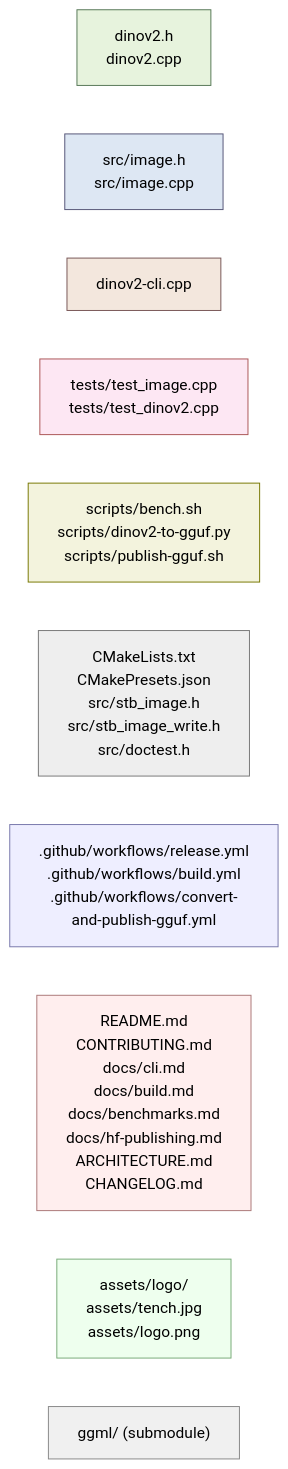
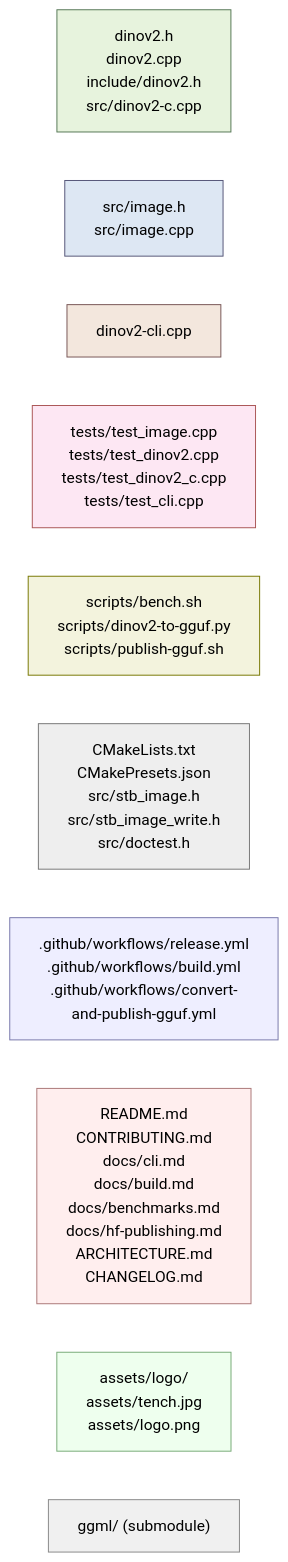
Before and after one commit to espetro/dinov2.cpp: the second of 4 diagrams in ARCHITECTURE.md, drawn with Mermaid. The commit also changed other lines of this file and 2 other files, not shown here.

````diff
--- a/ARCHITECTURE.md
+++ b/ARCHITECTURE.md
@@ -49,35 +60,35 @@
 ```mermaid
 graph LR
     classDef core  fill:#e7f3dd,stroke:#575,color:#000;
     classDef lib   fill:#dde7f3,stroke:#557,color:#000;
     classDef cli   fill:#f3e7dd,stroke:#755,color:#000;
     classDef test  fill:#fde7f3,stroke:#a55,color:#000;
     classDef tool  fill:#f3f3dd,stroke:#770,color:#000;
     classDef build fill:#eee,stroke:#777,color:#000;
     classDef ci    fill:#eef,stroke:#77a,color:#000;
     classDef doc   fill:#fee,stroke:#a77,color:#000;
     classDef asset fill:#efe,stroke:#7a7,color:#000;
     classDef sub   fill:#f0f0f0,stroke:#888,color:#000;
 
-    Core["dinov2.h<br/>dinov2.cpp"]
+    Core["dinov2.h<br/>dinov2.cpp<br/>include/dinov2.h<br/>src/dinov2-c.cpp"]
     Lib["src/image.h<br/>src/image.cpp"]
     CLI["dinov2-cli.cpp"]
-    Test["tests/test_image.cpp<br/>tests/test_dinov2.cpp"]
+    Test["tests/test_image.cpp<br/>tests/test_dinov2.cpp<br/>tests/test_dinov2_c.cpp<br/>tests/test_cli.cpp"]
     Tool["scripts/bench.sh<br/>scripts/dinov2-to-gguf.py<br/>scripts/publish-gguf.sh"]
     Build["CMakeLists.txt<br/>CMakePresets.json<br/>src/stb_image.h<br/>src/stb_image_write.h<br/>src/doctest.h"]
     CI[".github/workflows/release.yml<br/>.github/workflows/build.yml<br/>.github/workflows/convert-and-publish-gguf.yml"]
     Doc["README.md<br/>CONTRIBUTING.md<br/>docs/cli.md<br/>docs/build.md<br/>docs/benchmarks.md<br/>docs/hf-publishing.md<br/>ARCHITECTURE.md<br/>CHANGELOG.md"]
     Asset["assets/logo/<br/>assets/tench.jpg<br/>assets/logo.png"]
     Sub["ggml/ (submodule)"]
 
     class Core core
     class Lib lib
     class CLI cli
     class Test test
     class Tool tool
     class Build build
     class CI ci
     class Doc doc
     class Asset asset
     class Sub sub
 ```
````
